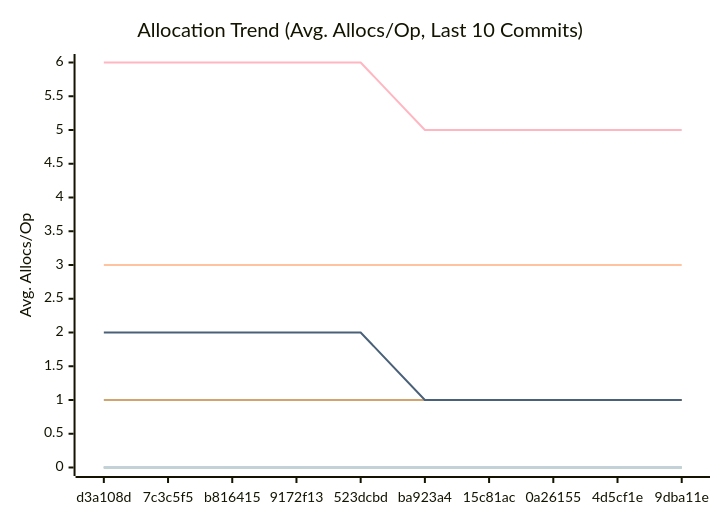
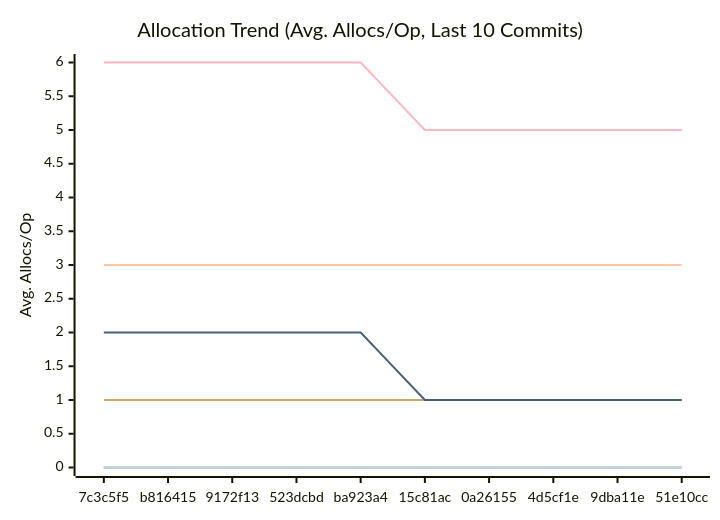
Before and after one commit to alsotoes/momo: the third of 3 diagrams in docs/PERFORMANCE.md, drawn with Mermaid. The commit also changed other lines of this file and 2 other files, not shown here.

````diff
--- a/docs/PERFORMANCE.md
+++ b/docs/PERFORMANCE.md
@@ -114,16 +114,16 @@
 ```mermaid
 xychart-beta
     title "Allocation Trend (Avg. Allocs/Op, Last 10 Commits)"
     x-axis "Commit"
     y-axis "Avg. Allocs/Op"
-    x-axis [d3a108d,7c3c5f5,b816415,9172f13,523dcbd,ba923a4,15c81ac,0a26155,4d5cf1e,9dba11e]
+    x-axis [7c3c5f5,b816415,9172f13,523dcbd,ba923a4,15c81ac,0a26155,4d5cf1e,9dba11e,51e10cc]
     line "CheckMetricsAndSwap" [0,0,0,0,0,0,0,0,0,0]
     line "CrushOptimized" [0,0,0,0,0,0,0,0,0,0]
     line "CrushOriginal" [3,3,3,3,3,3,3,3,3,3]
     line "IndexDirectTracking" [0,0,0,0,0,0,0,0,0,0]
     line "IndexSearch" [0,0,0,0,0,0,0,0,0,0]
     line "LoadGlobalConfig" [1,1,1,1,1,1,1,1,1,1]
     line "PadString" [0,0,0,0,0,0,0,0,0,0]
     line "ParseReplicationOrder_NoPrealloc" [6,6,6,6,6,5,5,5,5,5]
     line "ParseReplicationOrder_Prealloc" [2,2,2,2,2,1,1,1,1,1]
 ```
````
